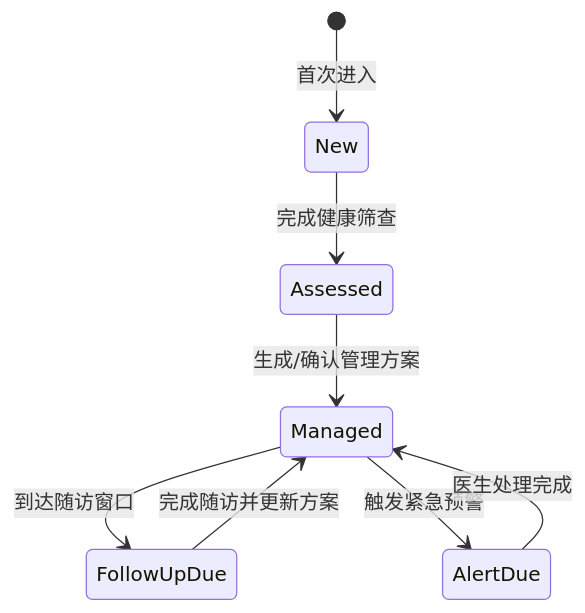
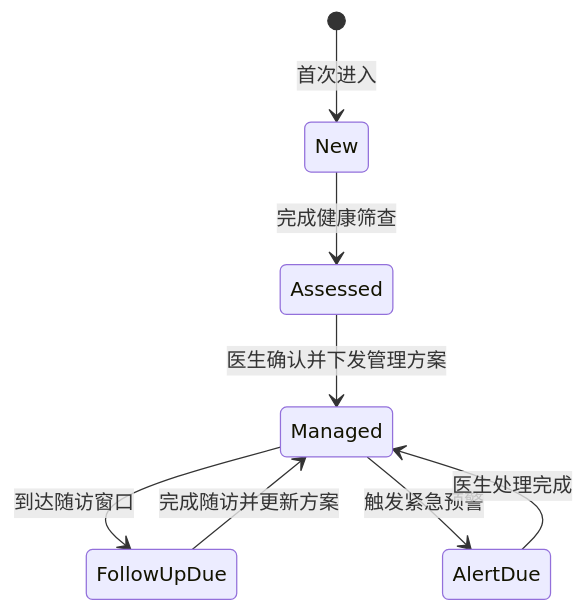
The third of 4 diagrams in docs/慢病管理小程序PRD.md (supersuperman666/twin), drawn with Mermaid before and after one commit. The commit also changed other lines of this file and 50 other files, not shown here.

````diff
--- a/docs/慢病管理小程序PRD.md
+++ b/docs/慢病管理小程序PRD.md
@@ -616,10 +1617,10 @@
 ```mermaid
 stateDiagram-v2
   [*] --> New: 首次进入
   New --> Assessed: 完成健康筛查
-  Assessed --> Managed: 生成/确认管理方案
+  Assessed --> Managed: 医生确认并下发管理方案
   Managed --> FollowUpDue: 到达随访窗口
   FollowUpDue --> Managed: 完成随访并更新方案
   Managed --> AlertDue: 触发紧急预警
   AlertDue --> Managed: 医生处理完成
 ```
````
